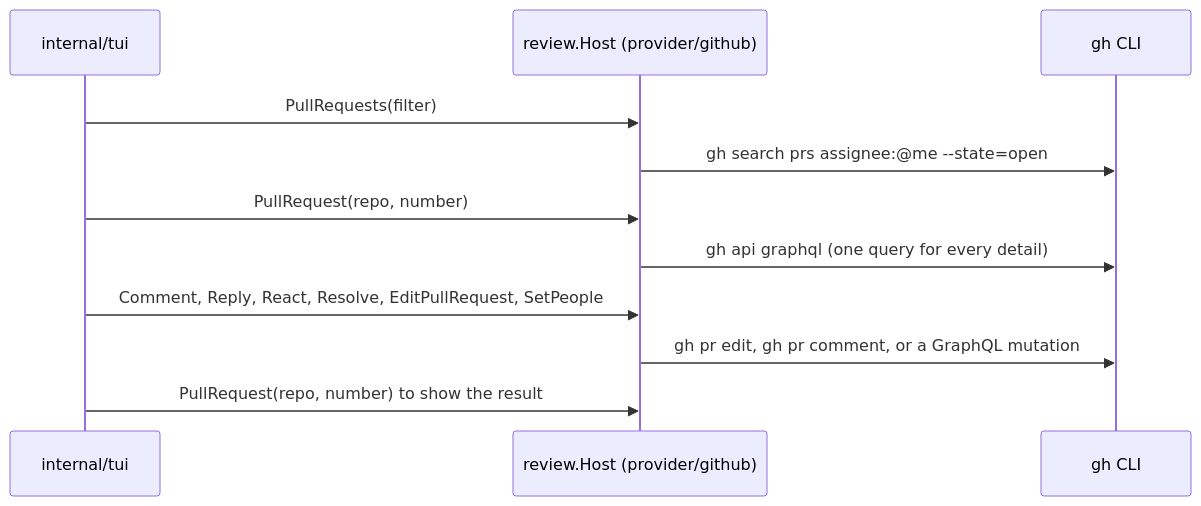
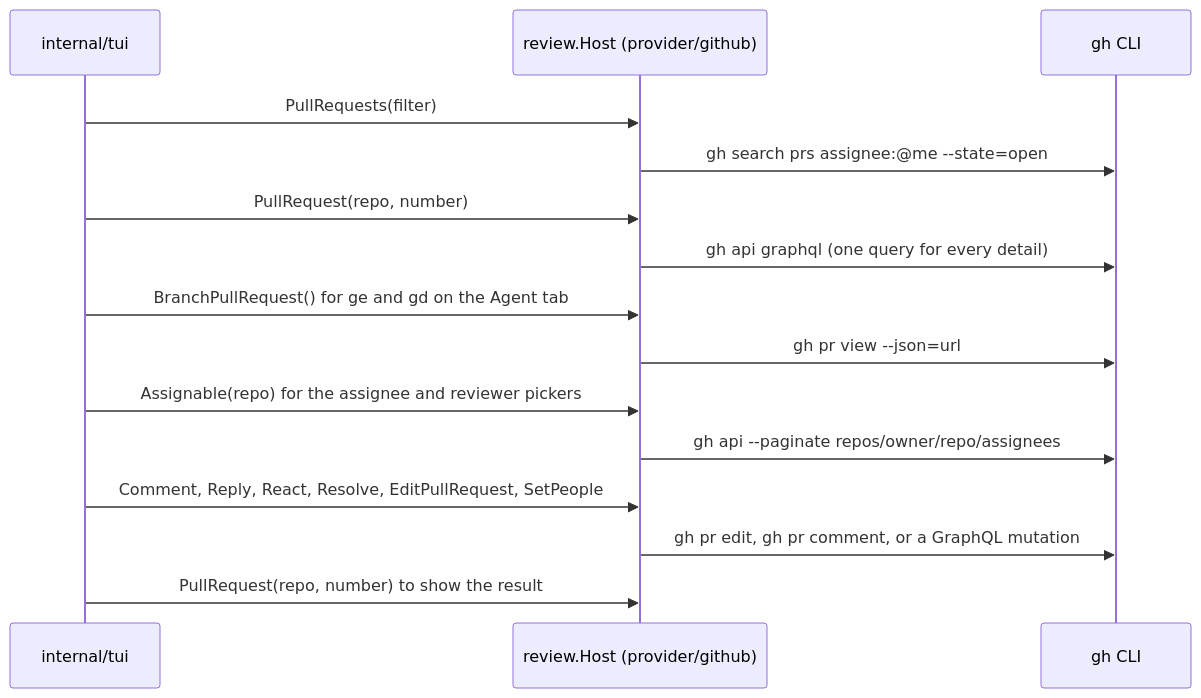
The diagram in docs/pull-requests.md (jfmainville/revunk), drawn with Mermaid before and after one commit. The commit also changed other lines of this file and 9 other files, not shown here.

Commit message:
feat(tui): add vim modes to modal text and searchable people pickers

````diff
--- a/docs/pull-requests.md
+++ b/docs/pull-requests.md
@@ -7,13 +7,17 @@
 ```mermaid
 sequenceDiagram
     participant TUI as internal/tui
     participant Host as review.Host (provider/github)
     participant GH as gh CLI
     TUI->>Host: PullRequests(filter)
     Host->>GH: gh search prs assignee:@me --state=open
     TUI->>Host: PullRequest(repo, number)
     Host->>GH: gh api graphql (one query for every detail)
+    TUI->>Host: BranchPullRequest() for ge and gd on the Agent tab
+    Host->>GH: gh pr view --json=url
+    TUI->>Host: Assignable(repo) for the assignee and reviewer pickers
+    Host->>GH: gh api --paginate repos/owner/repo/assignees
     TUI->>Host: Comment, Reply, React, Resolve, EditPullRequest, SetPeople
     Host->>GH: gh pr edit, gh pr comment, or a GraphQL mutation
     TUI->>Host: PullRequest(repo, number) to show the result
 ```
````
